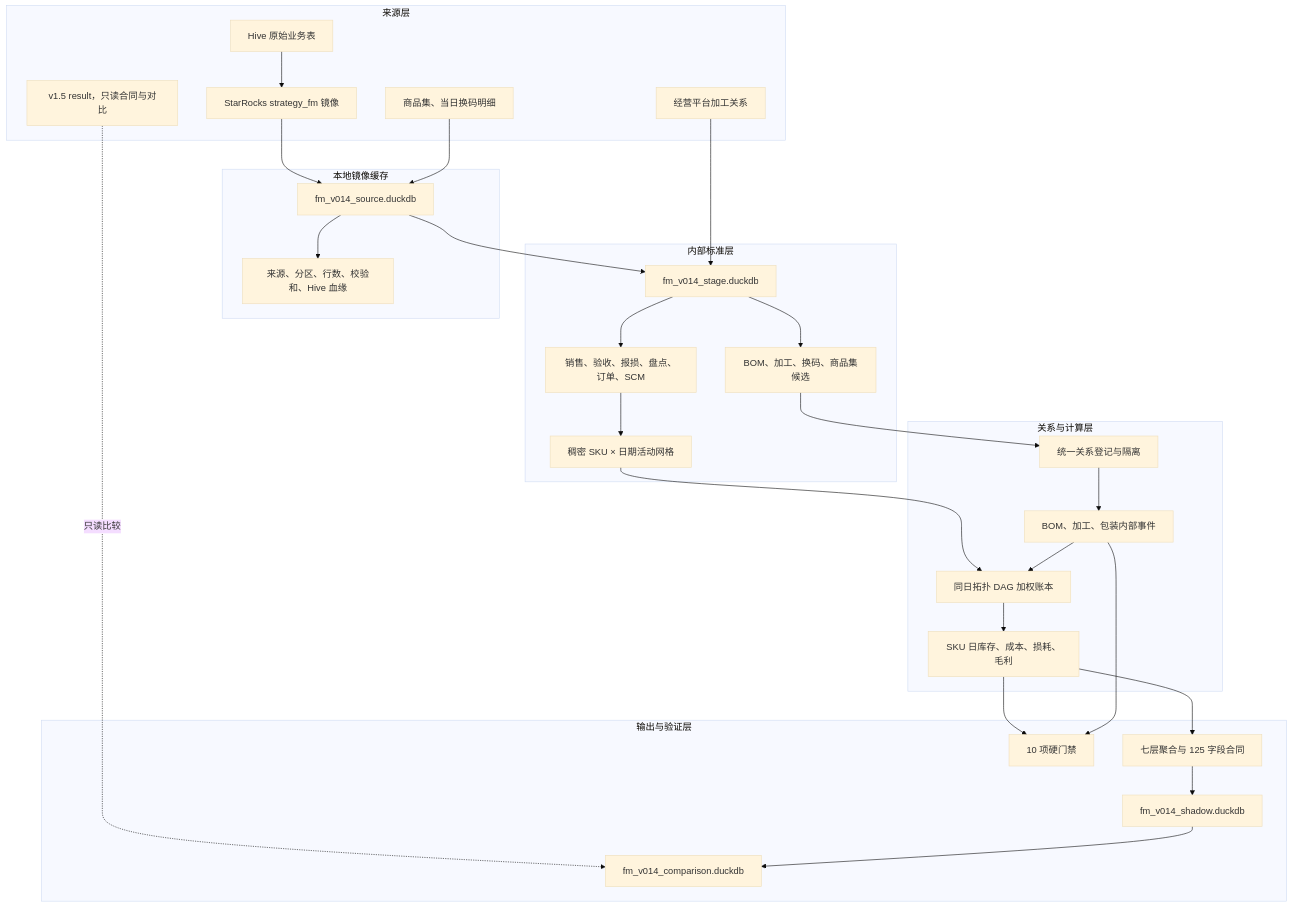
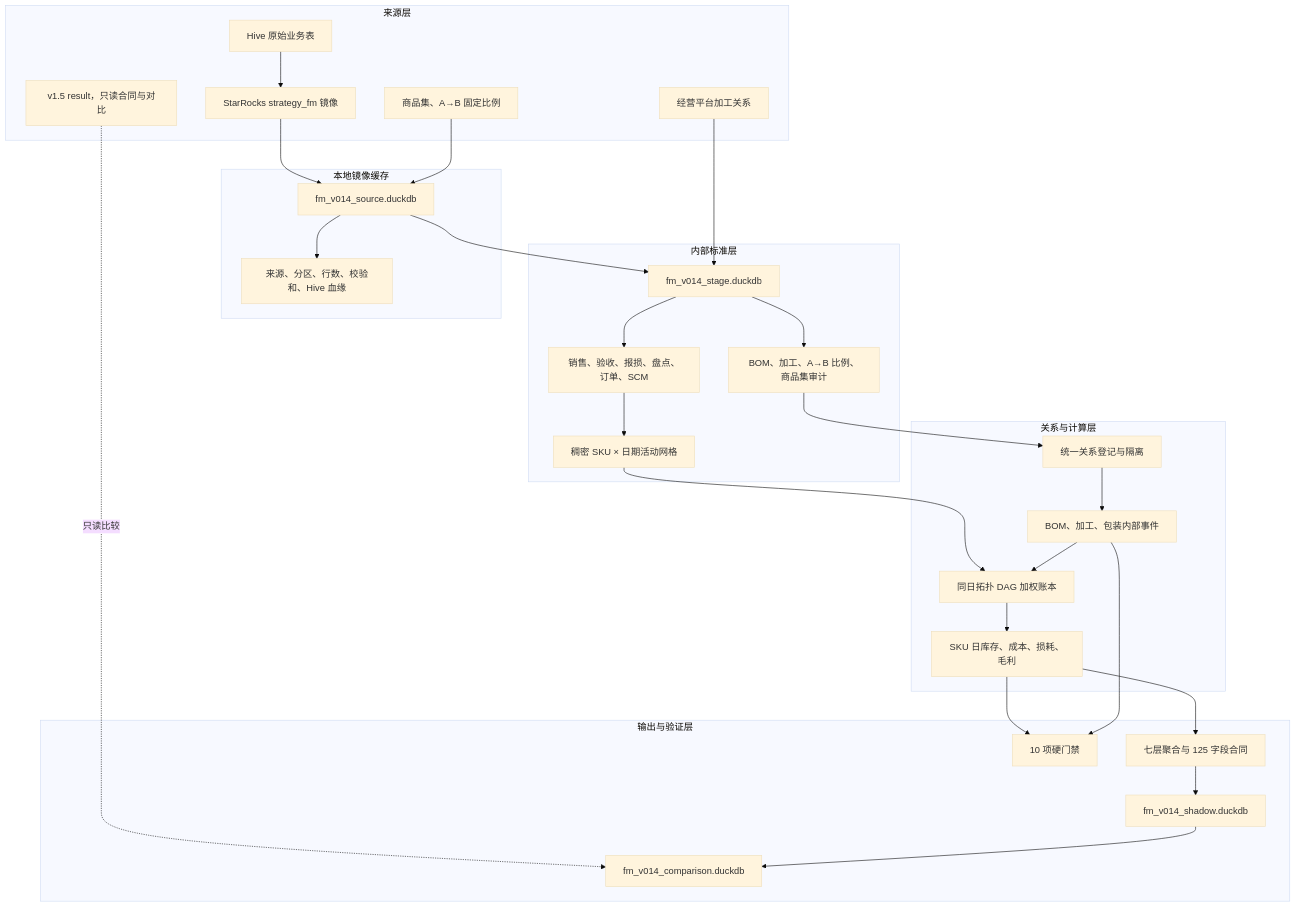
One commit to kate636/cuihua-data changed the first of 8 diagrams in fmetl/README.md. Above: the diagram before and after it, drawn with Mermaid (base theme). The commit also changed other lines of this file and 20 other files, not shown here.

````diff
--- a/fmetl/README.md
+++ b/fmetl/README.md
@@ -50,57 +50,57 @@
 ```mermaid
 flowchart TB
     subgraph SOURCE["来源层"]
         HIVE["Hive 原始业务表"]
         MIRROR["StarRocks strategy_fm 镜像"]
-        AUX["商品集、当日换码明细"]
+        AUX["商品集、A→B 固定比例"]
         PROC["经营平台加工关系"]
         V15["v1.5 result，只读合同与对比"]
         HIVE --> MIRROR
     end
 
     subgraph CACHE["本地镜像缓存"]
         SOURCE_DB["fm_v014_source.duckdb"]
         MANIFEST["来源、分区、行数、校验和、Hive 血缘"]
     end
 
     subgraph STAGE["内部标准层"]
         STAGE_DB["fm_v014_stage.duckdb"]
         FACTS["销售、验收、报损、盘点、订单、SCM"]
-        REL_INPUT["BOM、加工、换码、商品集候选"]
+        REL_INPUT["BOM、加工、A→B 比例、商品集审计"]
         GRID["稠密 SKU × 日期活动网格"]
     end
 
     subgraph CALC["关系与计算层"]
         REGISTRY["统一关系登记与隔离"]
         EVENTS["BOM、加工、包装内部事件"]
         LEDGER["同日拓扑 DAG 加权账本"]
         DAILY["SKU 日库存、成本、损耗、毛利"]
     end
 
     subgraph OUTPUT["输出与验证层"]
         LEVELS["七层聚合与 125 字段合同"]
         SHADOW["fm_v014_shadow.duckdb"]
         GATES["10 项硬门禁"]
         COMPARE["fm_v014_comparison.duckdb"]
     end
 
     MIRROR --> SOURCE_DB
     AUX --> SOURCE_DB
     PROC --> STAGE_DB
     SOURCE_DB --> MANIFEST
     SOURCE_DB --> STAGE_DB
     STAGE_DB --> FACTS
     STAGE_DB --> REL_INPUT
     FACTS --> GRID
     REL_INPUT --> REGISTRY
     REGISTRY --> EVENTS
     GRID --> LEDGER
     EVENTS --> LEDGER
     LEDGER --> DAILY
     DAILY --> LEVELS
     LEVELS --> SHADOW
     DAILY --> GATES
     EVENTS --> GATES
     V15 -.->|只读比较| COMPARE
     SHADOW --> COMPARE
 ```
````
